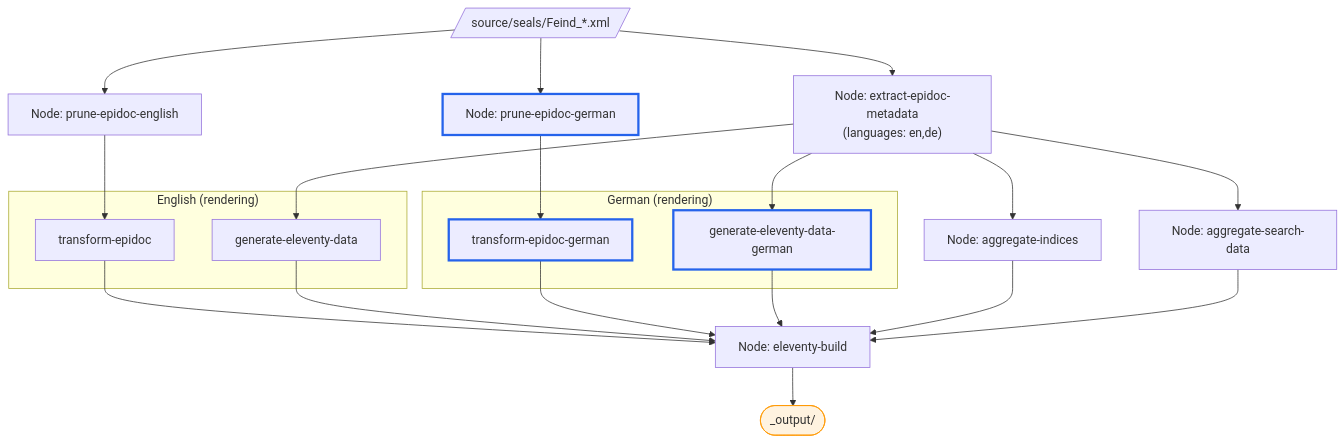
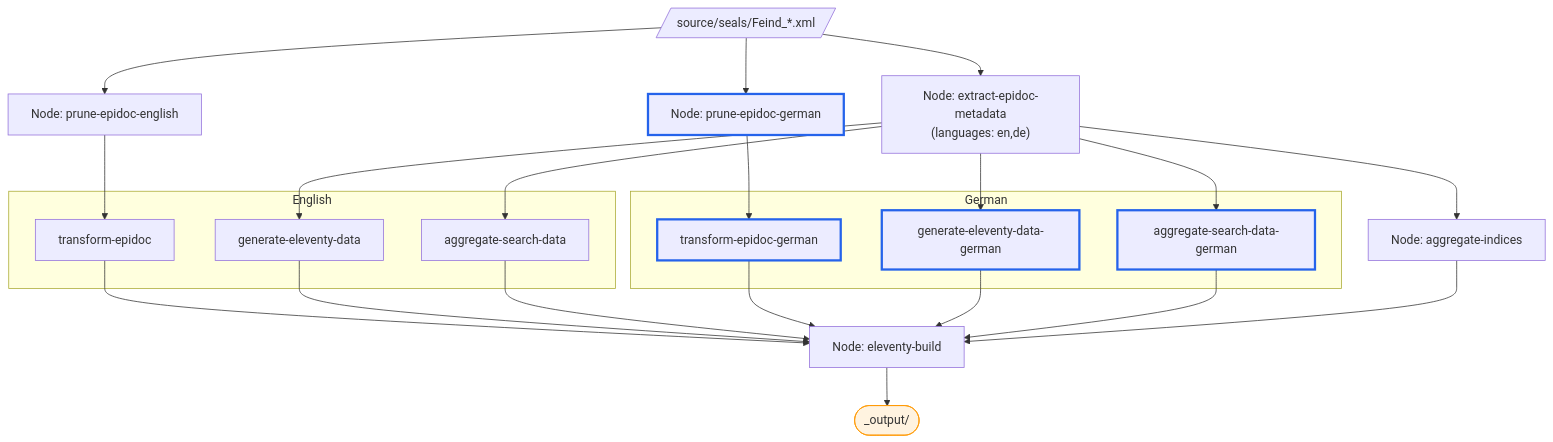
One commit to olvidalo/efes-ng-prototype changed the third of 3 diagrams in docs/tutorial/multi-language.md. Above: the diagram before and after it, drawn with Mermaid. The commit also changed other lines of this file and 18 other files, not shown here.

````diff
--- a/docs/tutorial/multi-language.md
+++ b/docs/tutorial/multi-language.md
@@ -231,44 +571,48 @@
 ```mermaid
 flowchart TD
     seals[/"source/seals/Feind_*.xml"/]
 
     prune_en["Node: prune-epidoc-english"]
     prune_de["Node: prune-epidoc-german"]
     extract["Node: extract-epidoc-metadata\n(languages: en,de)"]
 
-    subgraph "English (rendering)"
+    subgraph "English"
         transform_en["transform-epidoc"]
         data_en["generate-eleventy-data"]
+        search_en["aggregate-search-data"]
     end
 
-    subgraph "German (rendering)"
+    subgraph "German"
         transform_de["transform-epidoc-german"]
         data_de["generate-eleventy-data-german"]
+        search_de["aggregate-search-data-german"]
     end
 
     agg["Node: aggregate-indices"]
-    search["Node: aggregate-search-data"]
     build["Node: eleventy-build"]
     output(["_output/"])
 
     seals --> prune_en --> transform_en
     seals --> prune_de --> transform_de
     seals --> extract
     extract --> data_en
     extract --> data_de
     extract --> agg
-    extract --> search
+    extract --> search_en
+    extract --> search_de
 
     transform_en --> build
     data_en --> build
+    search_en --> build
     transform_de --> build
     data_de --> build
+    search_de --> build
     agg --> build
-    search --> build
     build --> output
 
     style prune_de stroke:#2563eb,stroke-width:3px
     style transform_de stroke:#2563eb,stroke-width:3px
     style data_de stroke:#2563eb,stroke-width:3px
+    style search_de stroke:#2563eb,stroke-width:3px
     style output fill:#fff3e0,stroke:#ff9800
 ```
````
